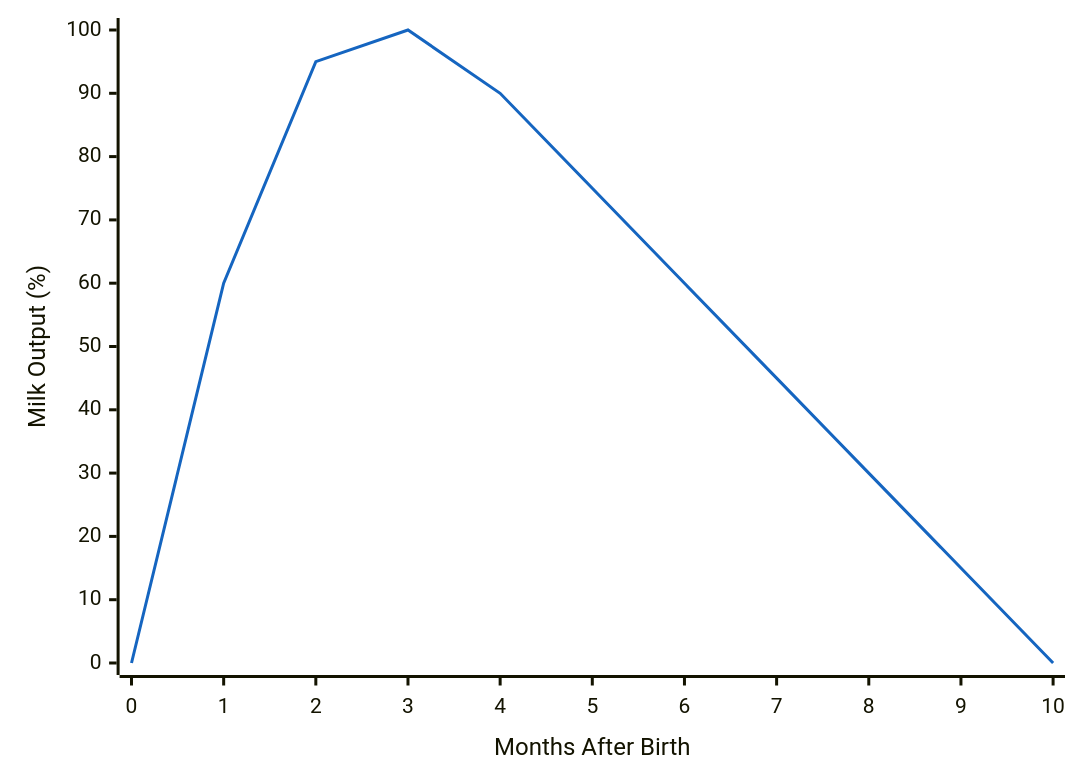
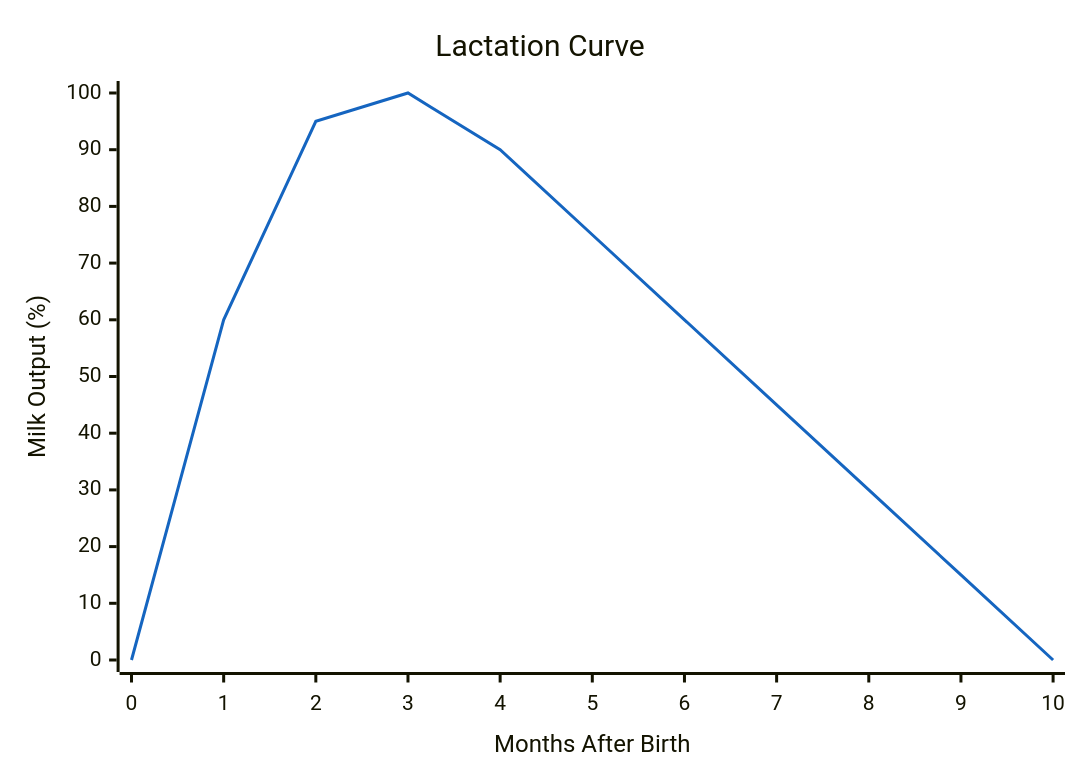
The diagram in docs/user-guide/guide-breeding.md (rittermod/FS25_RealisticLivestockRM), drawn with Mermaid before and after one commit. The commit also changed 4 other files, not shown here.

Commit message:
docs: still fighting mermaids

````diff
--- a/docs/user-guide/guide-breeding.md
+++ b/docs/user-guide/guide-breeding.md
@@ -148,7 +148,8 @@
 ```mermaid
 %%{init: {"themeVariables": {"xyChart": {"plotColorPalette": "#1565c0"}}}}%%
 xychart-beta
+    title "Lactation Curve"
     x-axis "Months After Birth" [0, 1, 2, 3, 4, 5, 6, 7, 8, 9, 10]
     y-axis "Milk Output (%)" 0 --> 100
     line [0, 60, 95, 100, 90, 75, 60, 45, 30, 15, 0]
 ```
````
